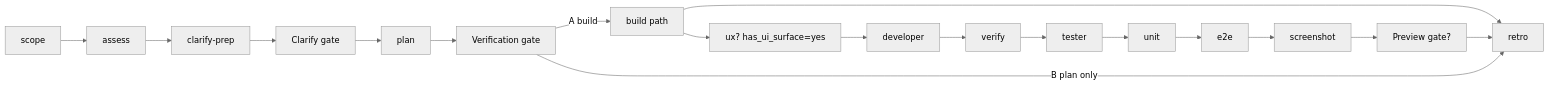
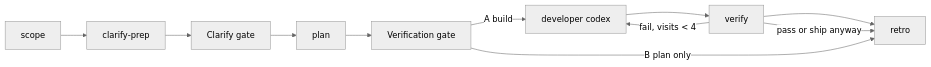
The diagram in .cursor/skills/execute/SKILL.md (jsroga/nomos), drawn with Mermaid (neutral theme) before and after one commit. The commit also changed other lines of this file and 128 other files, not shown here.

````diff
--- a/.cursor/skills/execute/SKILL.md
+++ b/.cursor/skills/execute/SKILL.md
@@ -18,7 +18,8 @@
 ```mermaid
 flowchart LR
-    S[scope] --> A[assess] --> CP[clarify-prep] --> CG[Clarify gate] --> P[plan] --> VG[Verification gate]
-    VG -->|A build| B[build path] --> R[retro]
+    S[scope] --> CP[clarify-prep] --> CG[Clarify gate] --> P[plan] --> VG[Verification gate]
+    VG -->|A build| D[developer codex] --> V[verify] --> R[retro]
     VG -->|B plan only| R
-    B --> UX[ux? has_ui_surface=yes] --> D[developer] --> V[verify] --> T[tester] --> U[unit] --> E[e2e] --> SS[screenshot] --> PG[Preview gate?] --> R
+    V -->|fail, visits < 4| D
+    V -->|pass or ship anyway| R
 ```
````
